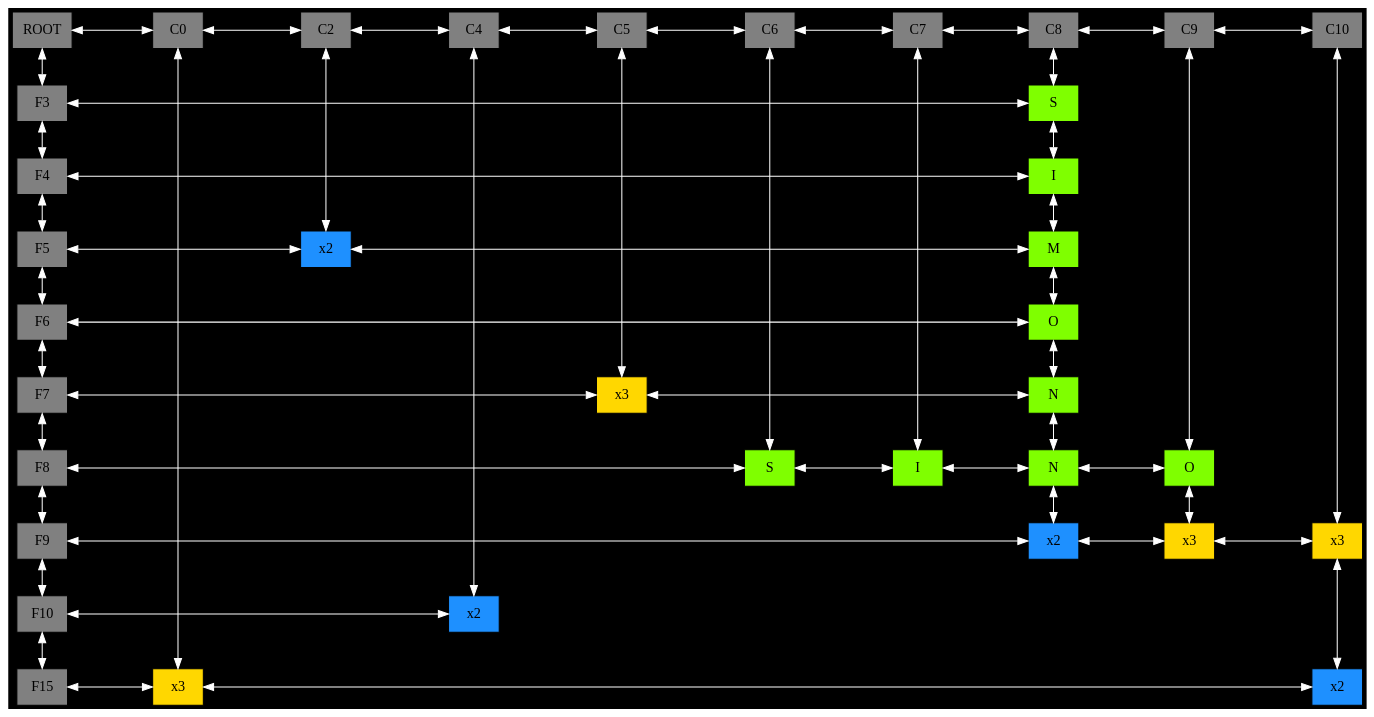
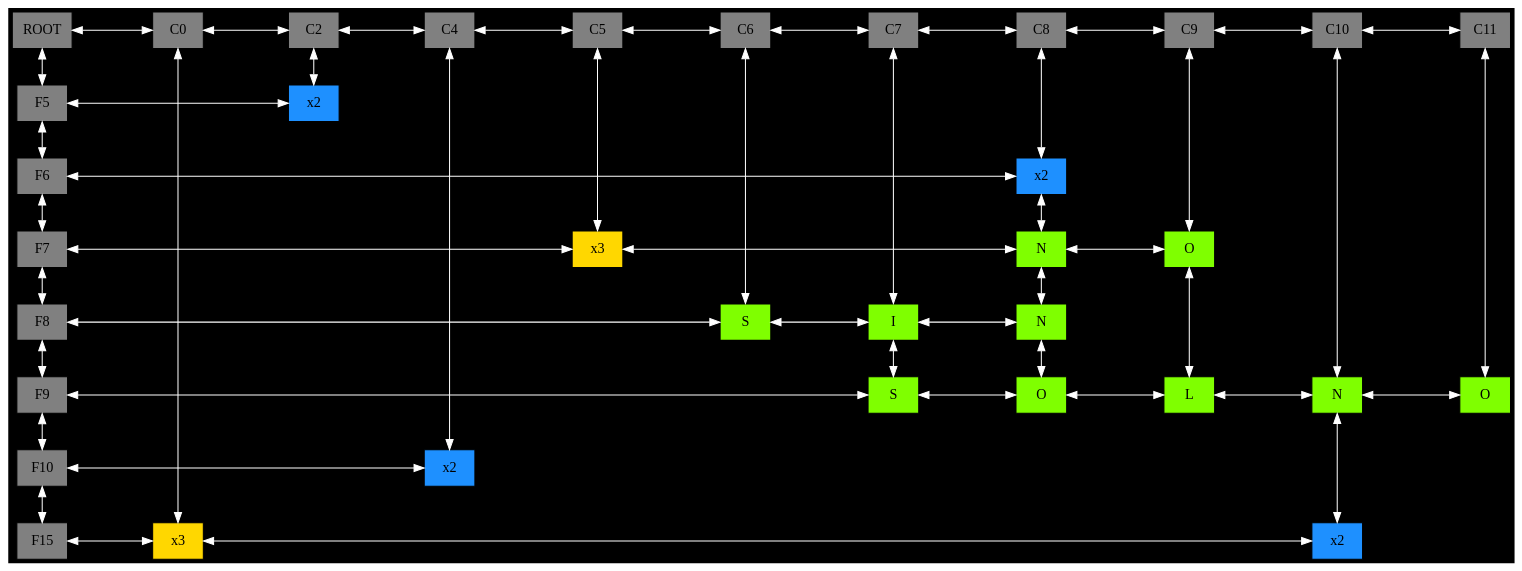
Before and after one commit to PabloAndresArg/EDD_1S2020_PY1_201800464: the diagram in Proyecto1EDD_201800464/REPORTES/matriz.dot, drawn with Graphviz. The commit also changed 23 other files, not shown here.

```diff
--- a/Proyecto1EDD_201800464/REPORTES/matriz.dot
+++ b/Proyecto1EDD_201800464/REPORTES/matriz.dot
@@ -1,114 +1,105 @@
 digraph G {bgcolor = black; 
 node[pin = true , shape = box, fontcolor = black  , fillcolor = gray  , width=0.7 ,style = filled] ;
 charset = latin1;
  style = filled ;
 nodesep = 1.0;
-VAL_00B959B8->VAL_00BDB140 [ dir=both ,color = white]; 
-VAL_00B959B8->VAL_00BDA4E0 [  dir=both,  color = white]; 
-VAL_00B959B8[label = "ROOT", group = -1,pos = "-1,1" ];
-VAL_00BDB140->VAL_00BD9528 [ dir=both, color = white]; 
-VAL_00BDB140->VAL_00BDB530 [ dir=both, color = white]; 
-VAL_00BDB140[label="C0", group = 0,pos = "0,1" ];
-VAL_00BD9528->VAL_00BDB650 [ dir=both, color = white]; 
-VAL_00BD9528->VAL_00BD91C8 [ dir=both, color = white]; 
-VAL_00BD9528[label="C2", group = 2,pos = "2,1" ];
-VAL_00BDB650->VAL_00BD9918 [ dir=both, color = white]; 
-VAL_00BDB650->VAL_00BDAF90 [ dir=both, color = white]; 
-VAL_00BDB650[label="C4", group = 4,pos = "4,1" ];
-VAL_00BD9918->VAL_00BD9B58 [ dir=both, color = white]; 
-VAL_00BD9918->VAL_00BD8F88 [ dir=both, color = white]; 
-VAL_00BD9918[label="C5", group = 5,pos = "5,1" ];
-VAL_00BD9B58->VAL_00BD82E0 [ dir=both, color = white]; 
-VAL_00BD9B58->VAL_00BD9A80 [ dir=both, color = white]; 
-VAL_00BD9B58[label="C6", group = 6,pos = "6,1" ];
-VAL_00BD82E0->VAL_00BD9408 [ dir=both, color = white]; 
-VAL_00BD82E0->VAL_00BD7EF0 [ dir=both, color = white]; 
-VAL_00BD82E0[label="C7", group = 7,pos = "7,1" ];
-VAL_00BD9408->VAL_00BD8520 [ dir=both, color = white]; 
-VAL_00BD9408->VAL_00BDA2A0 [ dir=both, color = white]; 
-VAL_00BD9408[label="C8", group = 8,pos = "8,1" ];
-VAL_00BD8520->VAL_00BDB7B8 [ dir=both, color = white]; 
-VAL_00BD8520->VAL_00BD8448 [ dir=both, color = white]; 
-VAL_00BD8520[label="C9", group = 9,pos = "9,1" ];
-VAL_00BDB7B8->VAL_00BDB068 [ dir=both, color = white]; 
-VAL_00BDB7B8[label="C10", group = 10,pos = "10,1" ];
-VAL_00BDA4E0->VAL_00BDA2A0 [ dir=both ,color = white]; 
-VAL_00BDA4E0->VAL_00BD9D90 [  dir=both,  color = white]; 
-VAL_00BDA4E0[label="F3" , group = -1,pos = "-1,-3" ];
-VAL_00BDA2A0->VAL_00BDBC80 [ dir=both, color = white]; 
-VAL_00BDA2A0[ label = "S" ,dir=both ,fillcolor = chartreuse1, group = 8,pos = "8,-3" ];
-VAL_00BD9D90->VAL_00BDBC80 [ dir=both ,color = white]; 
-VAL_00BD9D90->VAL_00BD93C0 [  dir=both,  color = white]; 
-VAL_00BD9D90[label="F4" , group = -1,pos = "-1,-4" ];
-VAL_00BDBC80->VAL_00BDBA40 [ dir=both, color = white]; 
-VAL_00BDBC80[ label = "I" ,dir=both ,fillcolor = chartreuse1, group = 8,pos = "8,-4" ];
-VAL_00BD93C0->VAL_00BD91C8 [ dir=both ,color = white]; 
-VAL_00BD93C0->VAL_00BD9498 [  dir=both,  color = white]; 
-VAL_00BD93C0[label="F5" , group = -1,pos = "-1,-5" ];
-VAL_00BD91C8->VAL_00BDBA40 [ dir=both, color = white]; 
-VAL_00BD91C8[ label = " x2 " ,fillcolor = dodgerblue1, group = 2,pos = "2,-5" ];
-VAL_00BDBA40->VAL_00BD9600 [ dir=both, color = white]; 
-VAL_00BDBA40[ label = "M" ,dir=both ,fillcolor = chartreuse1, group = 8,pos = "8,-5" ];
-VAL_00BD9498->VAL_00BD9600 [ dir=both ,color = white]; 
-VAL_00BD9498->VAL_00BD9B10 [  dir=both,  color = white]; 
-VAL_00BD9498[label="F6" , group = -1,pos = "-1,-6" ];
-VAL_00BD9600->VAL_00BD9960 [ dir=both, color = white]; 
-VAL_00BD9600[ label = "O" ,dir=both ,fillcolor = chartreuse1, group = 8,pos = "8,-6" ];
-VAL_00BD9B10->VAL_00BD8F88 [ dir=both ,color = white]; 
-VAL_00BD9B10->VAL_00BD8298 [  dir=both,  color = white]; 
-VAL_00BD9B10[label="F7" , group = -1,pos = "-1,-7" ];
-VAL_00BD8F88->VAL_00BD9960 [ dir=both, color = white]; 
-VAL_00BD8F88[ label = " x3 "  ,fillcolor = gold1, group = 5,pos = "5,-7" ];
-VAL_00BD9960->VAL_00BD8370 [ dir=both, color = white]; 
-VAL_00BD9960[ label = "N" ,dir=both ,fillcolor = chartreuse1, group = 8,pos = "8,-7" ];
-VAL_00BD8298->VAL_00BD9A80 [ dir=both ,color = white]; 
-VAL_00BD8298->VAL_00BD7DD0 [  dir=both,  color = white]; 
-VAL_00BD8298[label="F8" , group = -1,pos = "-1,-8" ];
-VAL_00BD9A80->VAL_00BD7EF0 [ dir=both, color = white]; 
-VAL_00BD9A80[ label = "S" ,dir=both ,fillcolor = chartreuse1, group = 6,pos = "6,-8" ];
-VAL_00BD7EF0->VAL_00BD8370 [ dir=both, color = white]; 
-VAL_00BD7EF0[ label = "I" ,dir=both ,fillcolor = chartreuse1, group = 7,pos = "7,-8" ];
-VAL_00BD8370->VAL_00BD8448 [ dir=both, color = white]; 
-VAL_00BD8370->VAL_00BD7D40 [ dir=both, color = white]; 
-VAL_00BD8370[ label = "N" ,dir=both ,fillcolor = chartreuse1, group = 8,pos = "8,-8" ];
-VAL_00BD8448->VAL_00BD7E60 [ dir=both, color = white]; 
-VAL_00BD8448[ label = "O" ,dir=both ,fillcolor = chartreuse1, group = 9,pos = "9,-8" ];
-VAL_00BD7DD0->VAL_00BD7D40 [ dir=both ,color = white]; 
-VAL_00BD7DD0->VAL_00BDB188 [  dir=both,  color = white]; 
-VAL_00BD7DD0[label="F9" , group = -1,pos = "-1,-9" ];
-VAL_00BD7D40->VAL_00BD7E60 [ dir=both, color = white]; 
-VAL_00BD7D40[ label = " x2 " ,fillcolor = dodgerblue1, group = 8,pos = "8,-9" ];
-VAL_00BD7E60->VAL_00BDB068 [ dir=both, color = white]; 
-VAL_00BD7E60[ label = " x3 "  ,fillcolor = gold1, group = 9,pos = "9,-9" ];
-VAL_00BDB068->VAL_00BDB2F0 [ dir=both, color = white]; 
-VAL_00BDB068[ label = " x3 "  ,fillcolor = gold1, group = 10,pos = "10,-9" ];
-VAL_00BDB188->VAL_00BDAF90 [ dir=both ,color = white]; 
-VAL_00BDB188->VAL_00BDB2A8 [  dir=both,  color = white]; 
-VAL_00BDB188[label="F10" , group = -1,pos = "-1,-10" ];
-VAL_00BDAF90[ label = " x2 " ,fillcolor = dodgerblue1, group = 4,pos = "4,-10" ];
-VAL_00BDB2A8->VAL_00BDB530 [ dir=both ,color = white]; 
-VAL_00BDB2A8[label="F15" , group = -1,pos = "-1,-15" ];
-VAL_00BDB530->VAL_00BDB2F0 [ dir=both, color = white]; 
-VAL_00BDB530[ label = " x3 "  ,fillcolor = gold1, group = 0,pos = "0,-15" ];
-VAL_00BDB2F0[ label = " x2 " ,fillcolor = dodgerblue1, group = 10,pos = "10,-15" ];
-{rank = same; VAL_00B959B8 VAL_00BDB140 VAL_00BD9528 VAL_00BDB650 VAL_00BD9918 VAL_00BD9B58 VAL_00BD82E0 VAL_00BD9408 VAL_00BD8520 VAL_00BDB7B8 };
+VAL_00E50780->VAL_00E8B4E8 [ dir=both ,color = white]; 
+VAL_00E50780->VAL_00E8B100 [  dir=both,  color = white]; 
+VAL_00E50780[label = "ROOT", group = -1,pos = "-1,1" ];
+VAL_00E8B4E8->VAL_00E8AF08 [ dir=both, color = white]; 
+VAL_00E8B4E8->VAL_00E8B9B0 [ dir=both, color = white]; 
+VAL_00E8B4E8[label="C0", group = 0,pos = "0,1" ];
+VAL_00E8AF08->VAL_00E8B3C8 [ dir=both, color = white]; 
+VAL_00E8AF08->VAL_00E8A920 [ dir=both, color = white]; 
+VAL_00E8AF08[label="C2", group = 2,pos = "2,1" ];
+VAL_00E8B3C8->VAL_00E8C610 [ dir=both, color = white]; 
+VAL_00E8B3C8->VAL_00E8B4A0 [ dir=both, color = white]; 
+VAL_00E8B3C8[label="C4", group = 4,pos = "4,1" ];
+VAL_00E8C610->VAL_00E8CA90 [ dir=both, color = white]; 
+VAL_00E8C610->VAL_00E8ADE8 [ dir=both, color = white]; 
+VAL_00E8C610[label="C5", group = 5,pos = "5,1" ];
+VAL_00E8CA90->VAL_00E8CF10 [ dir=both, color = white]; 
+VAL_00E8CA90->VAL_00E8C9B8 [ dir=both, color = white]; 
+VAL_00E8CA90[label="C6", group = 6,pos = "6,1" ];
+VAL_00E8CF10->VAL_00E8B070 [ dir=both, color = white]; 
+VAL_00E8CF10->VAL_00E8CB68 [ dir=both, color = white]; 
+VAL_00E8CF10[label="C7", group = 7,pos = "7,1" ];
+VAL_00E8B070->VAL_00E8C4F0 [ dir=both, color = white]; 
+VAL_00E8B070->VAL_00E8AFE0 [ dir=both, color = white]; 
+VAL_00E8B070[label="C8", group = 8,pos = "8,1" ];
+VAL_00E8C4F0->VAL_00E8B968 [ dir=both, color = white]; 
+VAL_00E8C4F0->VAL_00E8CD18 [ dir=both, color = white]; 
+VAL_00E8C4F0[label="C9", group = 9,pos = "9,1" ];
+VAL_00E8B968->VAL_00E8BBA8 [ dir=both, color = white]; 
+VAL_00E8B968->VAL_00E8B848 [ dir=both, color = white]; 
+VAL_00E8B968[label="C10", group = 10,pos = "10,1" ];
+VAL_00E8BBA8->VAL_00E8C190 [ dir=both, color = white]; 
+VAL_00E8BBA8[label="C11", group = 11,pos = "11,1" ];
+VAL_00E8B100->VAL_00E8A920 [ dir=both ,color = white]; 
+VAL_00E8B100->VAL_00E8AD58 [  dir=both,  color = white]; 
+VAL_00E8B100[label="F5" , group = -1,pos = "-1,-5" ];
+VAL_00E8A920[ label = " x2 " ,fillcolor = dodgerblue1, group = 2,pos = "2,-5" ];
+VAL_00E8AD58->VAL_00E8AFE0 [ dir=both ,color = white]; 
+VAL_00E8AD58->VAL_00E8C7C0 [  dir=both,  color = white]; 
+VAL_00E8AD58[label="F6" , group = -1,pos = "-1,-6" ];
+VAL_00E8AFE0->VAL_00E8C6A0 [ dir=both, color = white]; 
+VAL_00E8AFE0[ label = " x2 " ,fillcolor = dodgerblue1, group = 8,pos = "8,-6" ];
+VAL_00E8C7C0->VAL_00E8ADE8 [ dir=both ,color = white]; 
+VAL_00E8C7C0->VAL_00E8C5C8 [  dir=both,  color = white]; 
+VAL_00E8C7C0[label="F7" , group = -1,pos = "-1,-7" ];
+VAL_00E8ADE8->VAL_00E8C6A0 [ dir=both, color = white]; 
+VAL_00E8ADE8[ label = " x3 "  ,fillcolor = gold1, group = 5,pos = "5,-7" ];
+VAL_00E8C6A0->VAL_00E8CD18 [ dir=both, color = white]; 
+VAL_00E8C6A0->VAL_00E8CE38 [ dir=both, color = white]; 
+VAL_00E8C6A0[ label = "N" ,dir=both ,fillcolor = chartreuse1, group = 8,pos = "8,-7" ];
+VAL_00E8CD18->VAL_00E8B5C0 [ dir=both, color = white]; 
+VAL_00E8CD18[ label = "O" ,dir=both ,fillcolor = chartreuse1, group = 9,pos = "9,-7" ];
+VAL_00E8C5C8->VAL_00E8C9B8 [ dir=both ,color = white]; 
+VAL_00E8C5C8->VAL_00E8D1E0 [  dir=both,  color = white]; 
+VAL_00E8C5C8[label="F8" , group = -1,pos = "-1,-8" ];
+VAL_00E8C9B8->VAL_00E8CB68 [ dir=both, color = white]; 
+VAL_00E8C9B8[ label = "S" ,dir=both ,fillcolor = chartreuse1, group = 6,pos = "6,-8" ];
+VAL_00E8CB68->VAL_00E8CE38 [ dir=both, color = white]; 
+VAL_00E8CB68->VAL_00E8CFE8 [ dir=both, color = white]; 
+VAL_00E8CB68[ label = "I" ,dir=both ,fillcolor = chartreuse1, group = 7,pos = "7,-8" ];
+VAL_00E8CE38->VAL_00E8CDF0 [ dir=both, color = white]; 
+VAL_00E8CE38[ label = "N" ,dir=both ,fillcolor = chartreuse1, group = 8,pos = "8,-8" ];
+VAL_00E8D1E0->VAL_00E8CFE8 [ dir=both ,color = white]; 
+VAL_00E8D1E0->VAL_00E8BA88 [  dir=both,  color = white]; 
+VAL_00E8D1E0[label="F9" , group = -1,pos = "-1,-9" ];
+VAL_00E8CFE8->VAL_00E8CDF0 [ dir=both, color = white]; 
+VAL_00E8CFE8[ label = "S" ,dir=both ,fillcolor = chartreuse1, group = 7,pos = "7,-9" ];
+VAL_00E8CDF0->VAL_00E8B5C0 [ dir=both, color = white]; 
+VAL_00E8CDF0[ label = "O" ,dir=both ,fillcolor = chartreuse1, group = 8,pos = "8,-9" ];
+VAL_00E8B5C0->VAL_00E8B848 [ dir=both, color = white]; 
+VAL_00E8B5C0[ label = "L" ,dir=both ,fillcolor = chartreuse1, group = 9,pos = "9,-9" ];
+VAL_00E8B848->VAL_00E8C190 [ dir=both, color = white]; 
+VAL_00E8B848->VAL_00E8BDE8 [ dir=both, color = white]; 
+VAL_00E8B848[ label = "N" ,dir=both ,fillcolor = chartreuse1, group = 10,pos = "10,-9" ];
+VAL_00E8C190[ label = "O" ,dir=both ,fillcolor = chartreuse1, group = 11,pos = "11,-9" ];
+VAL_00E8BA88->VAL_00E8B4A0 [ dir=both ,color = white]; 
+VAL_00E8BA88->VAL_00E8B728 [  dir=both,  color = white]; 
+VAL_00E8BA88[label="F10" , group = -1,pos = "-1,-10" ];
+VAL_00E8B4A0[ label = " x2 " ,fillcolor = dodgerblue1, group = 4,pos = "4,-10" ];
+VAL_00E8B728->VAL_00E8B9B0 [ dir=both ,color = white]; 
+VAL_00E8B728[label="F15" , group = -1,pos = "-1,-15" ];
+VAL_00E8B9B0->VAL_00E8BDE8 [ dir=both, color = white]; 
+VAL_00E8B9B0[ label = " x3 "  ,fillcolor = gold1, group = 0,pos = "0,-15" ];
+VAL_00E8BDE8[ label = " x2 " ,fillcolor = dodgerblue1, group = 10,pos = "10,-15" ];
+{rank = same; VAL_00E50780 VAL_00E8B4E8 VAL_00E8AF08 VAL_00E8B3C8 VAL_00E8C610 VAL_00E8CA90 VAL_00E8CF10 VAL_00E8B070 VAL_00E8C4F0 VAL_00E8B968 VAL_00E8BBA8 };
 
-{rank = same; VAL_00BDA4E0 VAL_00BDA2A0 };
+{rank = same; VAL_00E8B100 VAL_00E8A920 };
 
-{rank = same; VAL_00BD9D90 VAL_00BDBC80 };
+{rank = same; VAL_00E8AD58 VAL_00E8AFE0 };
 
-{rank = same; VAL_00BD93C0 VAL_00BD91C8 VAL_00BDBA40 };
+{rank = same; VAL_00E8C7C0 VAL_00E8ADE8 VAL_00E8C6A0 VAL_00E8CD18 };
 
-{rank = same; VAL_00BD9498 VAL_00BD9600 };
+{rank = same; VAL_00E8C5C8 VAL_00E8C9B8 VAL_00E8CB68 VAL_00E8CE38 };
 
-{rank = same; VAL_00BD9B10 VAL_00BD8F88 VAL_00BD9960 };
+{rank = same; VAL_00E8D1E0 VAL_00E8CFE8 VAL_00E8CDF0 VAL_00E8B5C0 VAL_00E8B848 VAL_00E8C190 };
 
-{rank = same; VAL_00BD8298 VAL_00BD9A80 VAL_00BD7EF0 VAL_00BD8370 VAL_00BD8448 };
+{rank = same; VAL_00E8BA88 VAL_00E8B4A0 };
 
-{rank = same; VAL_00BD7DD0 VAL_00BD7D40 VAL_00BD7E60 VAL_00BDB068 };
-
-{rank = same; VAL_00BDB188 VAL_00BDAF90 };
-
-{rank = same; VAL_00BDB2A8 VAL_00BDB530 VAL_00BDB2F0 };
+{rank = same; VAL_00E8B728 VAL_00E8B9B0 VAL_00E8BDE8 };
 
 }
```
